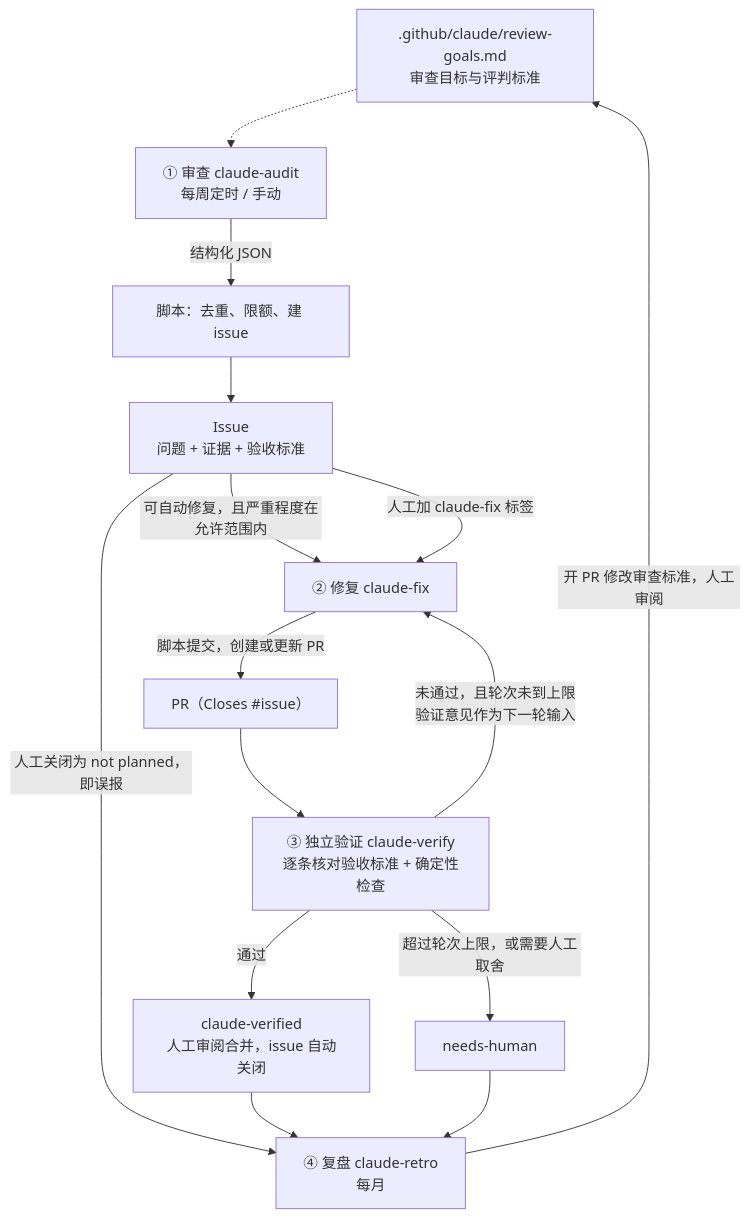
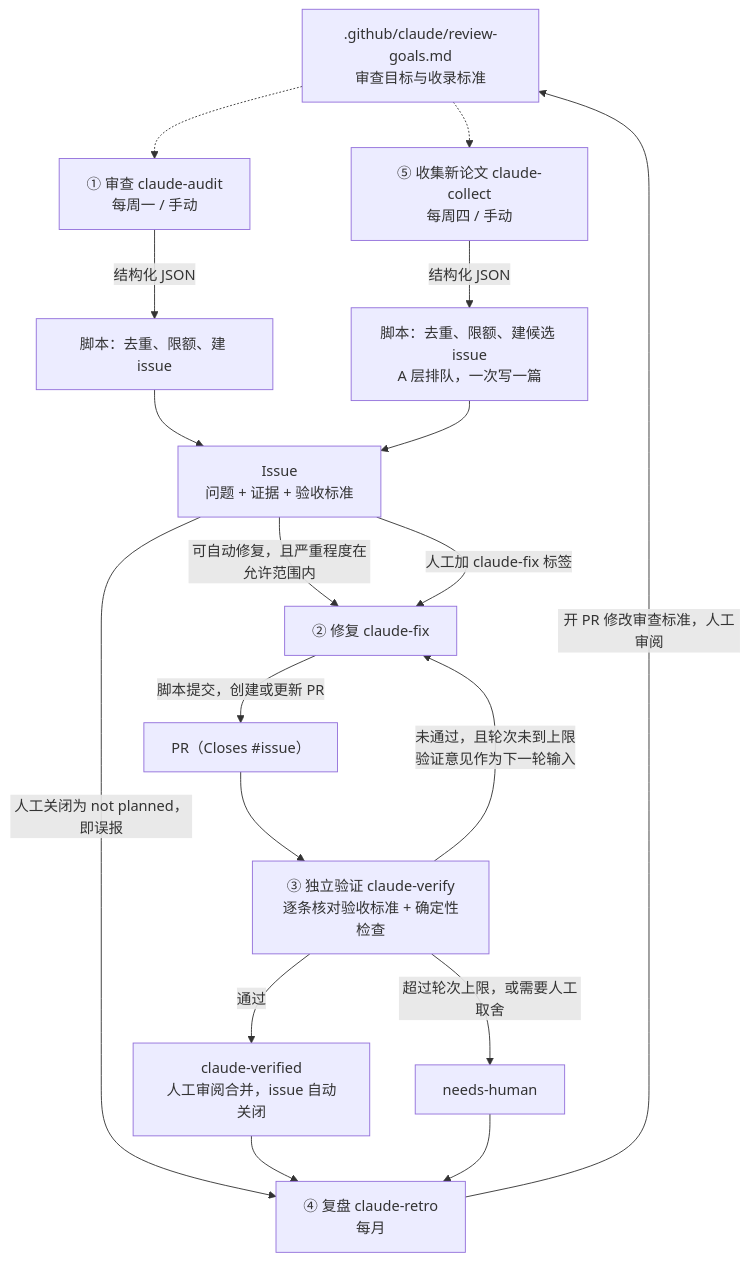
The diagram in docs/claude-auto-improve-loop.md (stevepan101/llm-security-paper-research), drawn with Mermaid before and after one commit. The commit also changed other lines of this file and 8 other files, not shown here.

````diff
--- a/docs/claude-auto-improve-loop.md
+++ b/docs/claude-auto-improve-loop.md
@@ -16,17 +17,20 @@
 ```mermaid
 flowchart TD
-    G[".github/claude/review-goals.md<br/>审查目标与评判标准"] -.-> A
-    A["① 审查 claude-audit<br/>每周定时 / 手动"] -->|结构化 JSON| S1["脚本：去重、限额、建 issue"]
+    G[".github/claude/review-goals.md<br/>审查目标与收录标准"] -.-> A
+    G -.-> C
+    A["① 审查 claude-audit<br/>每周一 / 手动"] -->|结构化 JSON| S1["脚本：去重、限额、建 issue"]
+    C["⑤ 收集新论文 claude-collect<br/>每周四 / 手动"] -->|结构化 JSON| S2["脚本：去重、限额、建候选 issue<br/>A 层排队，一次写一篇"]
     S1 --> I["Issue<br/>问题 + 证据 + 验收标准"]
+    S2 --> I
     I -->|可自动修复，且严重程度在允许范围内| F
     I -->|人工加 claude-fix 标签| F
     I -->|人工关闭为 not planned，即误报| R
     F["② 修复 claude-fix"] -->|脚本提交，创建或更新 PR| P["PR（Closes #issue）"]
     P --> V["③ 独立验证 claude-verify<br/>逐条核对验收标准 + 确定性检查"]
     V -->|"未通过，且轮次未到上限<br/>验证意见作为下一轮输入"| F
     V -->|通过| H["claude-verified<br/>人工审阅合并，issue 自动关闭"]
     V -->|超过轮次上限，或需要人工取舍| N[needs-human]
     H --> R
     N --> R
     R["④ 复盘 claude-retro<br/>每月"] -->|开 PR 修改审查标准，人工审阅| G
 ```
````
